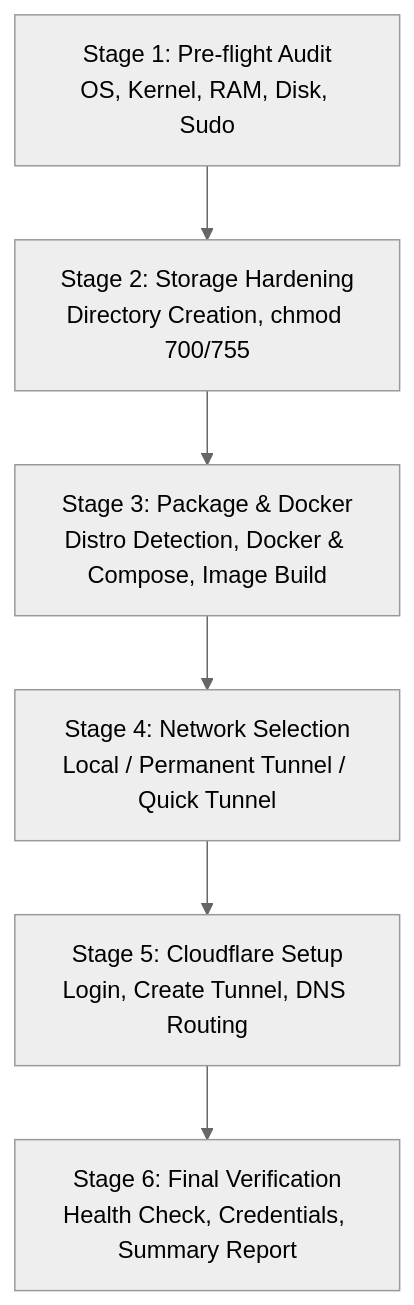
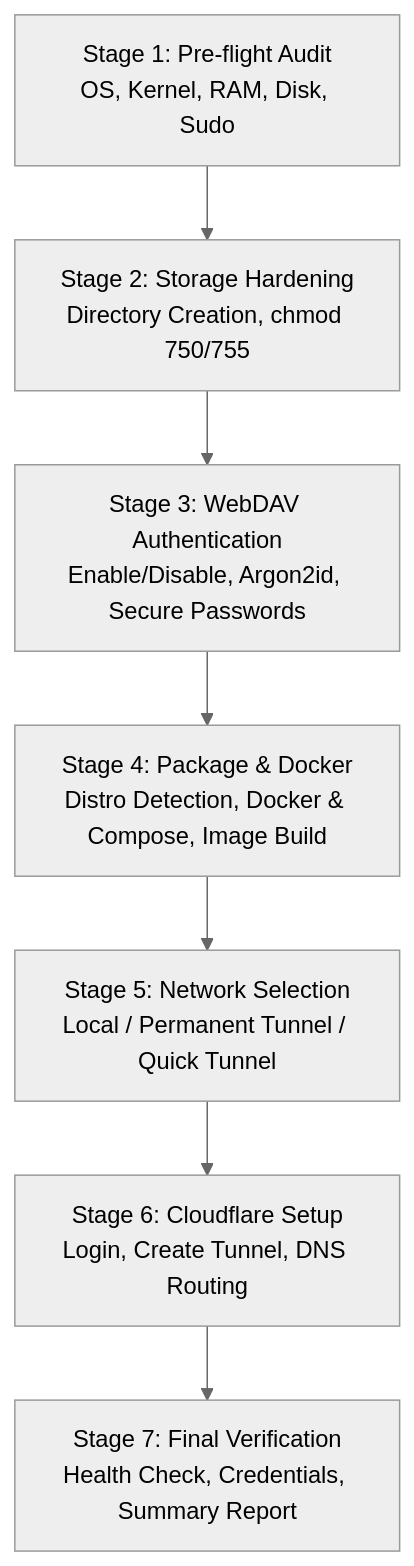
One commit to navyaXdev/Mornye-Network-Storage changed the diagram in docs/INSTALLATION.md. Above: the diagram before and after it, drawn with Mermaid (neutral theme). The commit also changed other lines of this file and 14 other files, not shown here.

Commit message:
feat(auth): implement optional WebDAV authentication wizard and Argon2id security system

````diff
--- a/docs/INSTALLATION.md
+++ b/docs/INSTALLATION.md
@@ -47,8 +47,9 @@
 ```mermaid
 flowchart TD
-    S1["Stage 1: Pre-flight Audit<br/>OS, Kernel, RAM, Disk, Sudo"] --> S2["Stage 2: Storage Hardening<br/>Directory Creation, chmod 700/755"]
-    S2 --> S3["Stage 3: Package & Docker<br/>Distro Detection, Docker & Compose, Image Build"]
-    S3 --> S4["Stage 4: Network Selection<br/>Local / Permanent Tunnel / Quick Tunnel"]
-    S4 --> S5["Stage 5: Cloudflare Setup<br/>Login, Create Tunnel, DNS Routing"]
-    S5 --> S6["Stage 6: Final Verification<br/>Health Check, Credentials, Summary Report"]
+    S1["Stage 1: Pre-flight Audit<br/>OS, Kernel, RAM, Disk, Sudo"] --> S2["Stage 2: Storage Hardening<br/>Directory Creation, chmod 750/755"]
+    S2 --> S3["Stage 3: WebDAV Authentication<br/>Enable/Disable, Argon2id, Secure Passwords"]
+    S3 --> S4["Stage 4: Package & Docker<br/>Distro Detection, Docker & Compose, Image Build"]
+    S4 --> S5["Stage 5: Network Selection<br/>Local / Permanent Tunnel / Quick Tunnel"]
+    S5 --> S6["Stage 6: Cloudflare Setup<br/>Login, Create Tunnel, DNS Routing"]
+    S6 --> S7["Stage 7: Final Verification<br/>Health Check, Credentials, Summary Report"]
 ```
````
